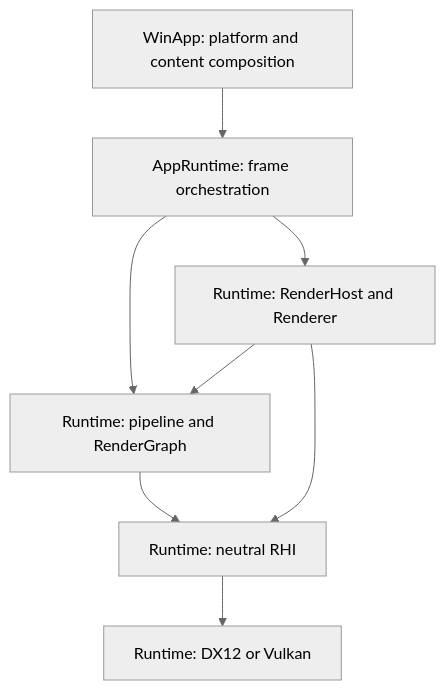
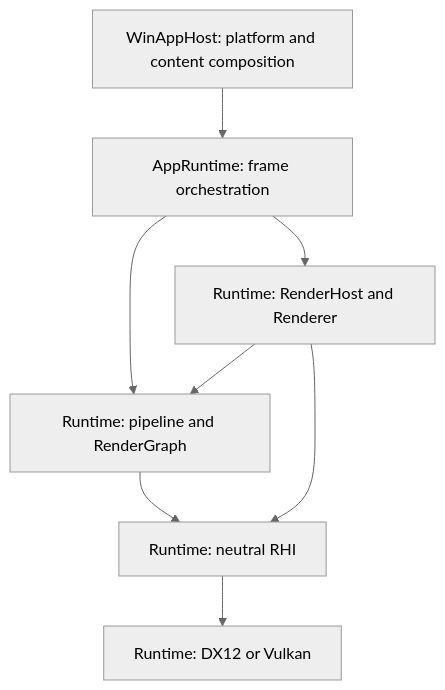
Before and after one commit to airiness/graphics-gadget-lab: the diagram in Docs/Architecture/README.md, drawn with Mermaid (neutral theme). The commit also changed other lines of this file and 249 other files, not shown here.

````diff
--- a/Docs/Architecture/README.md
+++ b/Docs/Architecture/README.md
@@ -23,10 +23,10 @@
 ```mermaid
 flowchart TD
-    Host[WinApp: platform and content composition] --> App[AppRuntime: frame orchestration]
+    Host[WinAppHost: platform and content composition] --> App[AppRuntime: frame orchestration]
     App --> Renderer[Runtime: RenderHost and Renderer]
     App --> Graph[Runtime: pipeline and RenderGraph]
     Renderer --> Graph
     Graph --> RHI[Runtime: neutral RHI]
     Renderer --> RHI
     RHI --> Native[Runtime: DX12 or Vulkan]
 ```
````
